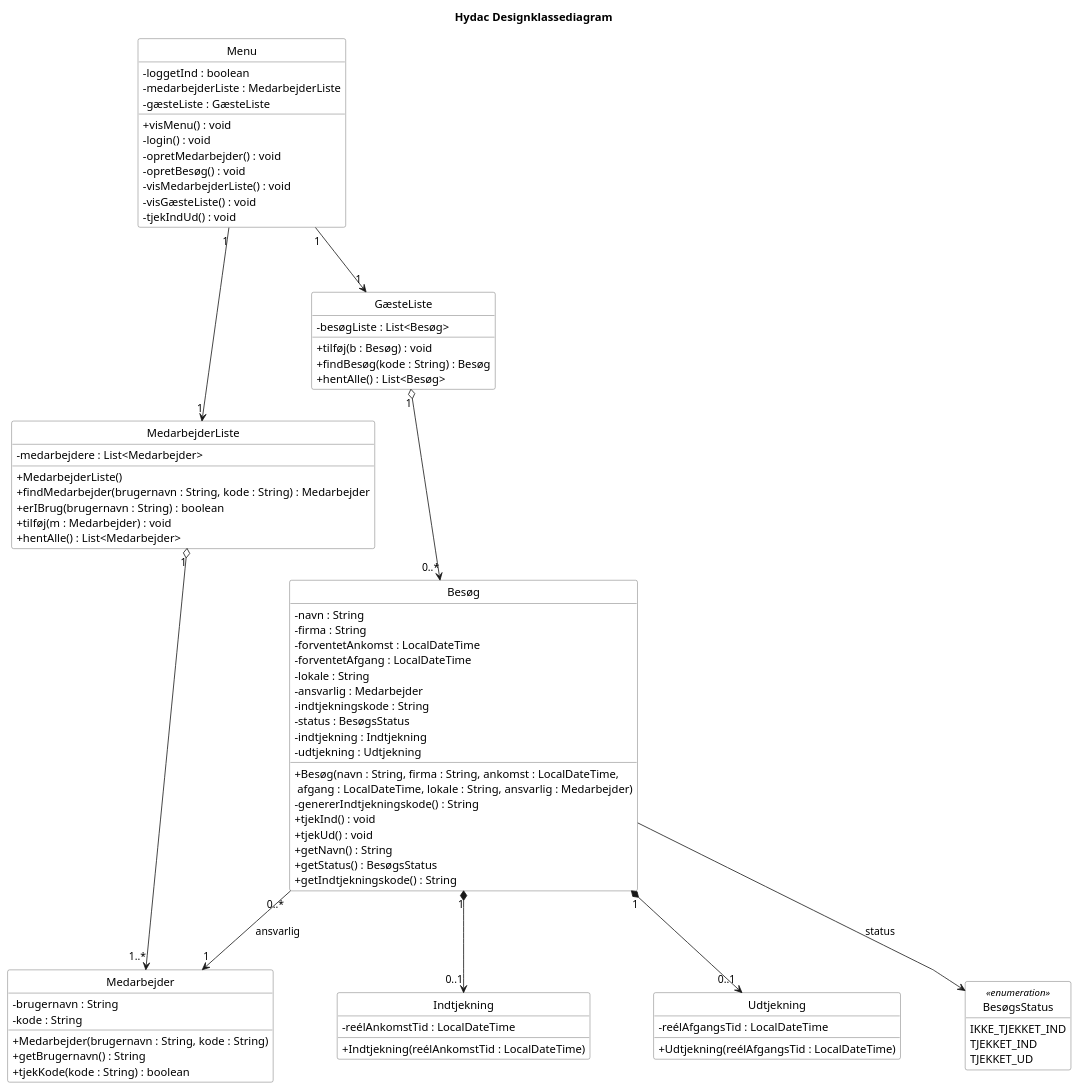
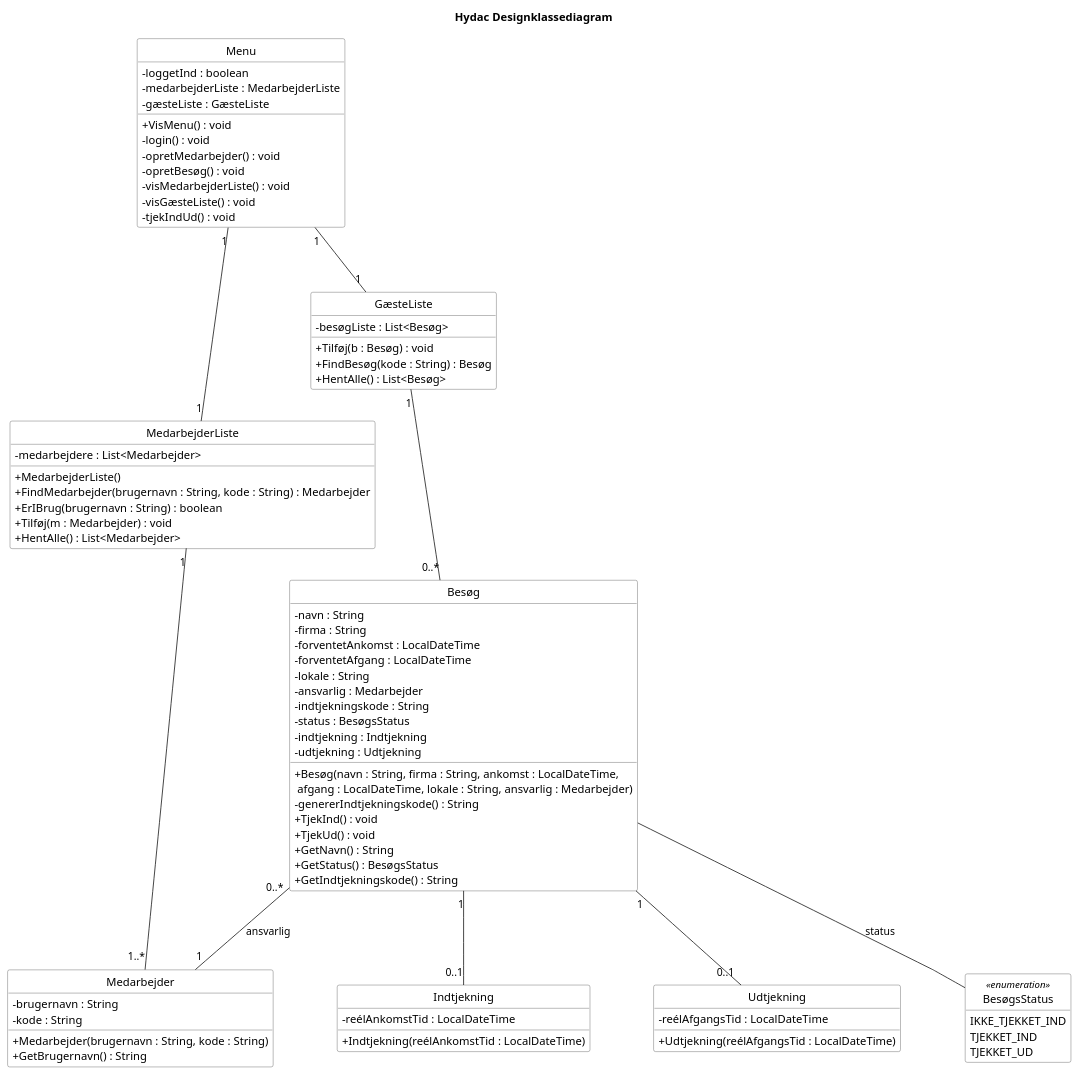
One commit to Zoabz/Hydac changed the first of 2 diagrams in 6. Design Class Diagram/6. Design Class Diagram.puml. Above: the diagram before and after it, drawn with PlantUML. The commit also changed other lines of this file, not shown here.

```diff
--- a/6. Design Class Diagram/6. Design Class Diagram.puml
+++ b/6. Design Class Diagram/6. Design Class Diagram.puml
@@ -1,99 +1,98 @@
 @startuml
 title Hydac Designklassediagram
 
 hide circle
 hide empty members
 skinparam classAttributeIconSize 0
 skinparam linetype polyline
 skinparam nodesep 80
 skinparam ranksep 80
 skinparam class {
   BackgroundColor White
   BorderColor #555555
 }
 
 class Menu {
   - loggetInd : boolean
   - medarbejderListe : MedarbejderListe
   - gæsteListe : GæsteListe
-  + visMenu() : void
+  + VisMenu() : void
   - login() : void
   - opretMedarbejder() : void
   - opretBesøg() : void
   - visMedarbejderListe() : void
   - visGæsteListe() : void
   - tjekIndUd() : void
 }
 
 class MedarbejderListe {
   - medarbejdere : List<Medarbejder>
   + MedarbejderListe()
-  + findMedarbejder(brugernavn : String, kode : String) : Medarbejder
-  + erIBrug(brugernavn : String) : boolean
-  + tilføj(m : Medarbejder) : void
-  + hentAlle() : List<Medarbejder>
+  + FindMedarbejder(brugernavn : String, kode : String) : Medarbejder
+  + ErIBrug(brugernavn : String) : boolean
+  + Tilføj(m : Medarbejder) : void
+  + HentAlle() : List<Medarbejder>
 }
 
 class GæsteListe {
   - besøgListe : List<Besøg>
-  + tilføj(b : Besøg) : void
-  + findBesøg(kode : String) : Besøg
-  + hentAlle() : List<Besøg>
+  + Tilføj(b : Besøg) : void
+  + FindBesøg(kode : String) : Besøg
+  + HentAlle() : List<Besøg>
 }
 
 class Medarbejder {
   - brugernavn : String
   - kode : String
   + Medarbejder(brugernavn : String, kode : String)
-  + getBrugernavn() : String
-  + tjekKode(kode : String) : boolean
+  + GetBrugernavn() : String
 }
 
 class Besøg {
   - navn : String
   - firma : String
   - forventetAnkomst : LocalDateTime
   - forventetAfgang : LocalDateTime
   - lokale : String
   - ansvarlig : Medarbejder
   - indtjekningskode : String
   - status : BesøgsStatus
   - indtjekning : Indtjekning
   - udtjekning : Udtjekning
   + Besøg(navn : String, firma : String, ankomst : LocalDateTime,\n afgang : LocalDateTime, lokale : String, ansvarlig : Medarbejder)
   - genererIndtjekningskode() : String
-  + tjekInd() : void
-  + tjekUd() : void
-  + getNavn() : String
-  + getStatus() : BesøgsStatus
-  + getIndtjekningskode() : String
+  + TjekInd() : void
+  + TjekUd() : void
+  + GetNavn() : String
+  + GetStatus() : BesøgsStatus
+  + GetIndtjekningskode() : String
 }
 
 class Indtjekning {
   - reélAnkomstTid : LocalDateTime
   + Indtjekning(reélAnkomstTid : LocalDateTime)
 }
 
 class Udtjekning {
   - reélAfgangsTid : LocalDateTime
   + Udtjekning(reélAfgangsTid : LocalDateTime)
 }
 
 enum BesøgsStatus <<enumeration>> {
   IKKE_TJEKKET_IND
   TJEKKET_IND
   TJEKKET_UD
 }
 
-Menu "1" --> "1" MedarbejderListe
-Menu "1" --> "1" GæsteListe
+Menu "1" -- "1" MedarbejderListe
+Menu "1" -- "1" GæsteListe
 
-MedarbejderListe "1" o--> "1..*" Medarbejder
-GæsteListe "1" o--> "0..*" Besøg
+MedarbejderListe "1" -- "1..*" Medarbejder
+GæsteListe "1" -- "0..*" Besøg
 
-Besøg "0..*" --> "1" Medarbejder : ansvarlig
-Besøg "1" *--> "0..1" Indtjekning
-Besøg "1" *--> "0..1" Udtjekning
-Besøg --> BesøgsStatus : status
+Besøg "0..*" -- "1" Medarbejder : ansvarlig
+Besøg "1" -- "0..1" Indtjekning
+Besøg "1" -- "0..1" Udtjekning
+Besøg -- BesøgsStatus : status
 
 @enduml
```
